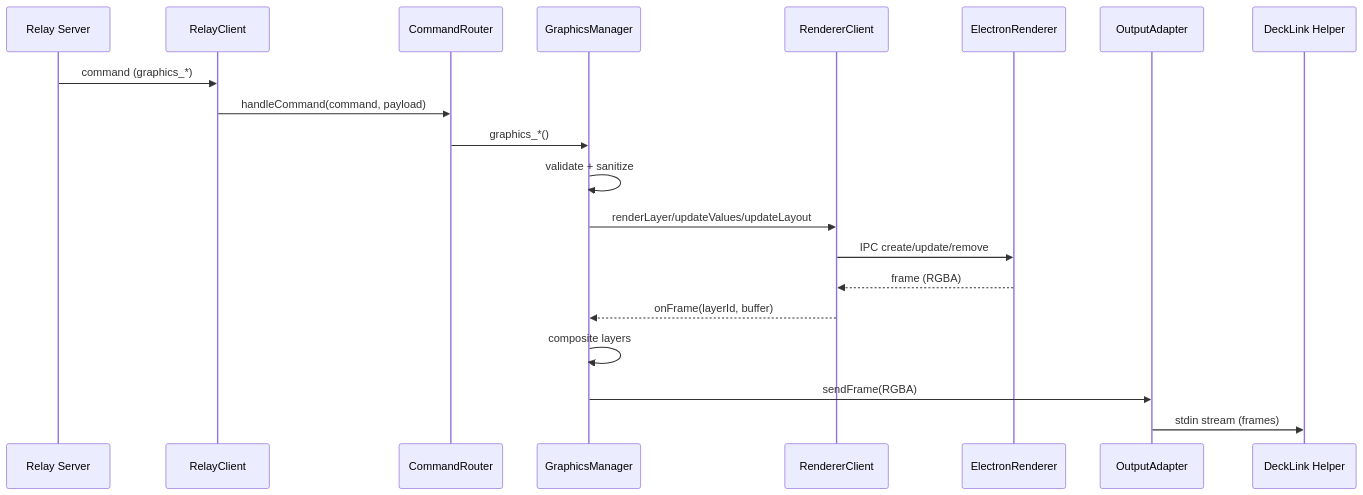
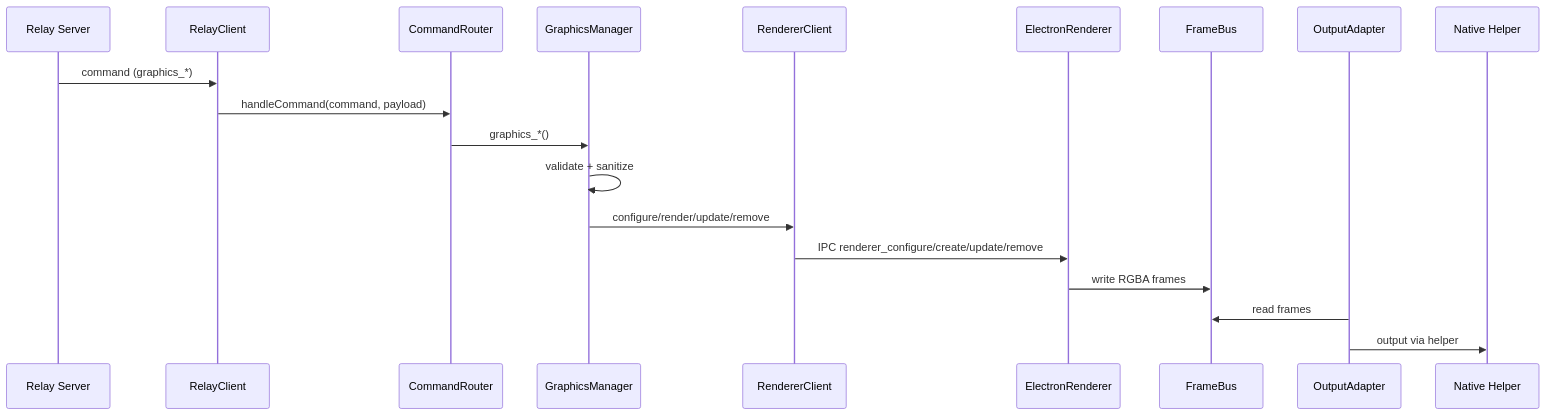
The diagram in docs/bridge/subsystems/graphics.md (pivotrecruiting/broadify-bridge), drawn with Mermaid before and after one commit. The commit also changed other lines of this file and 16 other files, not shown here.

````diff
--- a/docs/bridge/subsystems/graphics.md
+++ b/docs/bridge/subsystems/graphics.md
@@ -30,23 +30,22 @@
 ```mermaid
 sequenceDiagram
   participant Relay as Relay Server
   participant RC as RelayClient
   participant CR as CommandRouter
   participant GM as GraphicsManager
   participant R as RendererClient
   participant ER as ElectronRenderer
+  participant FB as FrameBus
   participant OA as OutputAdapter
-  participant DH as DeckLink Helper
+  participant H as Native Helper
 
   Relay->>RC: command (graphics_*)
   RC->>CR: handleCommand(command, payload)
   CR->>GM: graphics_*()
   GM->>GM: validate + sanitize
-  GM->>R: renderLayer/updateValues/updateLayout
-  R->>ER: IPC create/update/remove
-  ER-->>R: frame (RGBA)
-  R-->>GM: onFrame(layerId, buffer)
-  GM->>GM: composite layers
-  GM->>OA: sendFrame(RGBA)
-  OA->>DH: stdin stream (frames)
+  GM->>R: configure/render/update/remove
+  R->>ER: IPC renderer_configure/create/update/remove
+  ER->>FB: write RGBA frames
+  OA->>FB: read frames
+  OA->>H: output via helper
 ```
````
